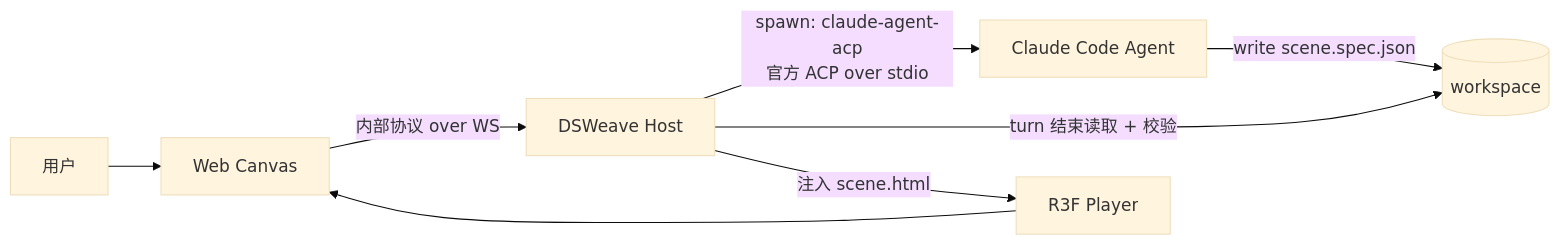
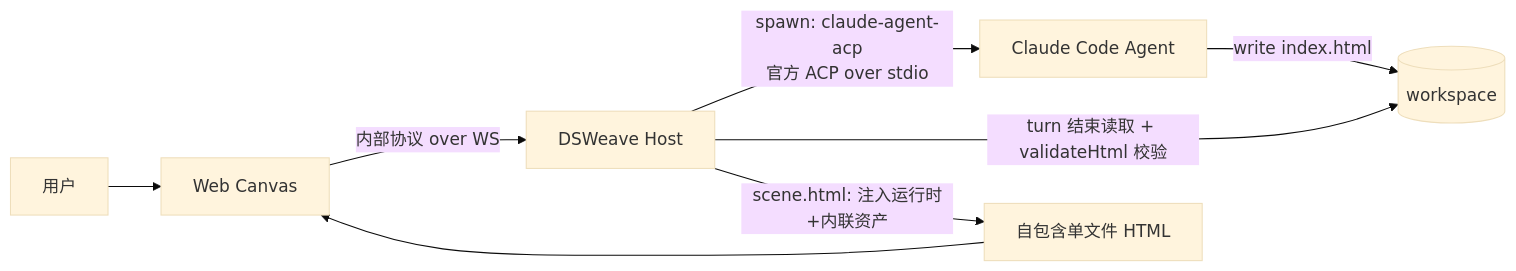
Before and after one commit to creativedswork/DSWeave: the first of 3 diagrams in docs/05-agent-integration.md, drawn with Mermaid (base theme). The commit also changed other lines of this file and 6 other files, not shown here.

````diff
--- a/docs/05-agent-integration.md
+++ b/docs/05-agent-integration.md
@@ -45,10 +47,10 @@
 ```mermaid
 graph LR
   U[用户] --> W[Web Canvas]
   W -->|内部协议 over WS| H[DSWeave Host]
   H -->|spawn: claude-agent-acp<br/>官方 ACP over stdio| C[Claude Code Agent]
-  C -->|write scene.spec.json| FS[(workspace)]
-  H -->|turn 结束读取 + 校验| FS
-  H -->|注入 scene.html| P[R3F Player]
+  C -->|write index.html| FS[(workspace)]
+  H -->|turn 结束读取 + validateHtml 校验| FS
+  H -->|scene.html: 注入运行时+内联资产| P[自包含单文件 HTML]
   P --> W
 ```
````
